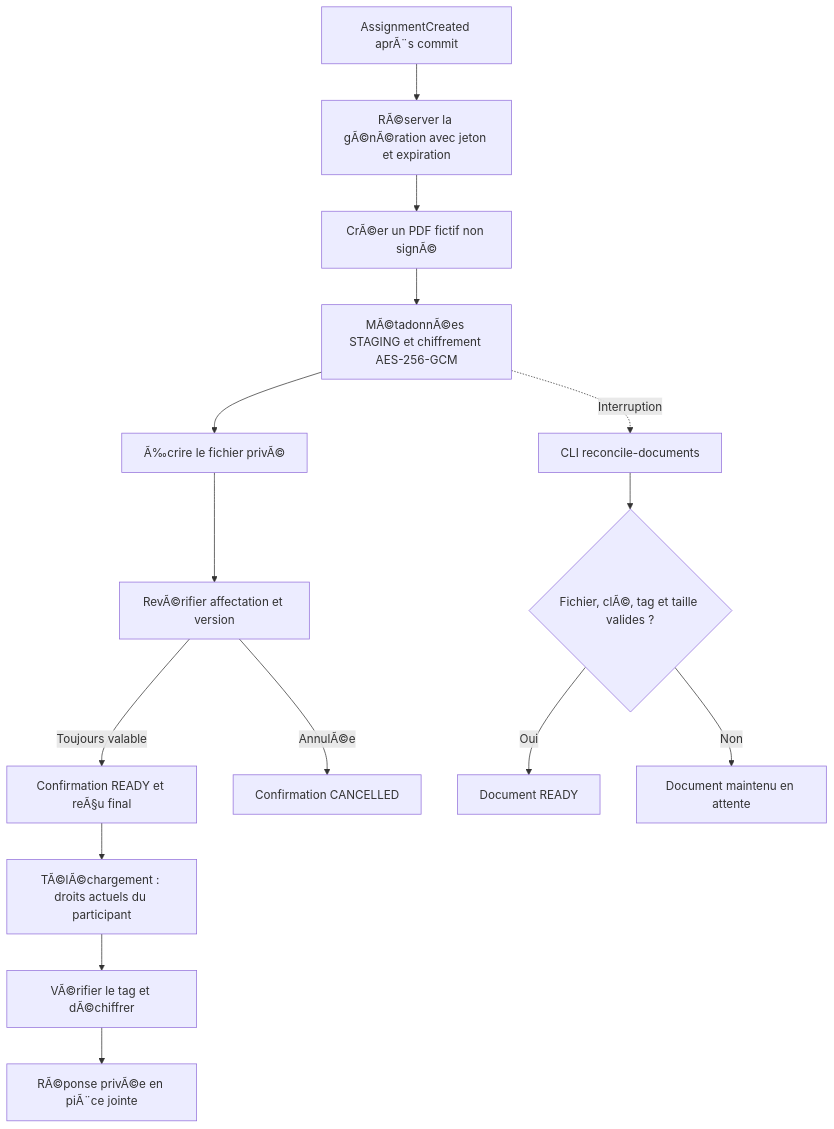
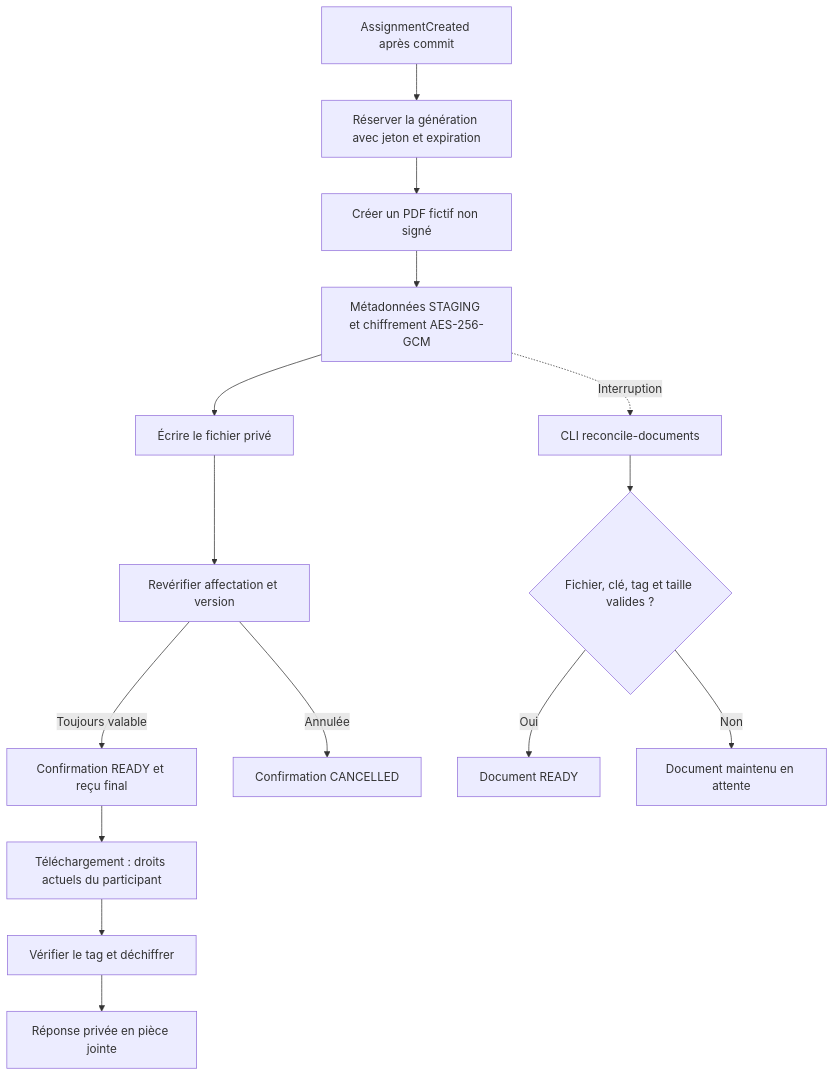
Before and after one commit to lebretyves/Infimactch_Prod: the seventh of 8 diagrams in docs/FLUX_V1.md, drawn with Mermaid. The commit also changed other lines of this file and 67 other files, not shown here.

Commit message:
docs: refresh architecture flows and delivery documentation

````diff
--- a/docs/FLUX_V1.md
+++ b/docs/FLUX_V1.md
@@ -131,17 +134,17 @@
 ```mermaid
 flowchart TD
-    event["AssignmentCreated aprÃ¨s commit"] --> lease["RÃ©server la gÃ©nÃ©ration avec jeton et expiration"]
-    lease --> pdf["CrÃ©er un PDF fictif non signÃ©"]
-    pdf --> stage["MÃ©tadonnÃ©es STAGING et chiffrement AES-256-GCM"]
-    stage --> privateFile["Ã‰crire le fichier privÃ©"]
-    privateFile --> check["RevÃ©rifier affectation et version"]
-    check -->|"Toujours valable"| ready["Confirmation READY et reÃ§u final"]
-    check -->|"AnnulÃ©e"| cancelled["Confirmation CANCELLED"]
-    ready --> auth["TÃ©lÃ©chargement : droits actuels du participant"]
-    auth --> decrypt["VÃ©rifier le tag et dÃ©chiffrer"]
-    decrypt --> download["RÃ©ponse privÃ©e en piÃ¨ce jointe"]
+    event["AssignmentCreated après commit"] --> lease["Réserver la génération avec jeton et expiration"]
+    lease --> pdf["Créer un PDF fictif non signé"]
+    pdf --> stage["Métadonnées STAGING et chiffrement AES-256-GCM"]
+    stage --> privateFile["Écrire le fichier privé"]
+    privateFile --> check["Revérifier affectation et version"]
+    check -->|"Toujours valable"| ready["Confirmation READY et reçu final"]
+    check -->|"Annulée"| cancelled["Confirmation CANCELLED"]
+    ready --> auth["Téléchargement : droits actuels du participant"]
+    auth --> decrypt["Vérifier le tag et déchiffrer"]
+    decrypt --> download["Réponse privée en pièce jointe"]
     stage -.->|"Interruption"| recover["CLI reconcile-documents"]
-    recover --> valid{"Fichier, clÃ©, tag et taille valides ?"}
+    recover --> valid{"Fichier, clé, tag et taille valides ?"}
     valid -->|"Oui"| docReady["Document READY"]
     valid -->|"Non"| keep["Document maintenu en attente"]
 ```
````
